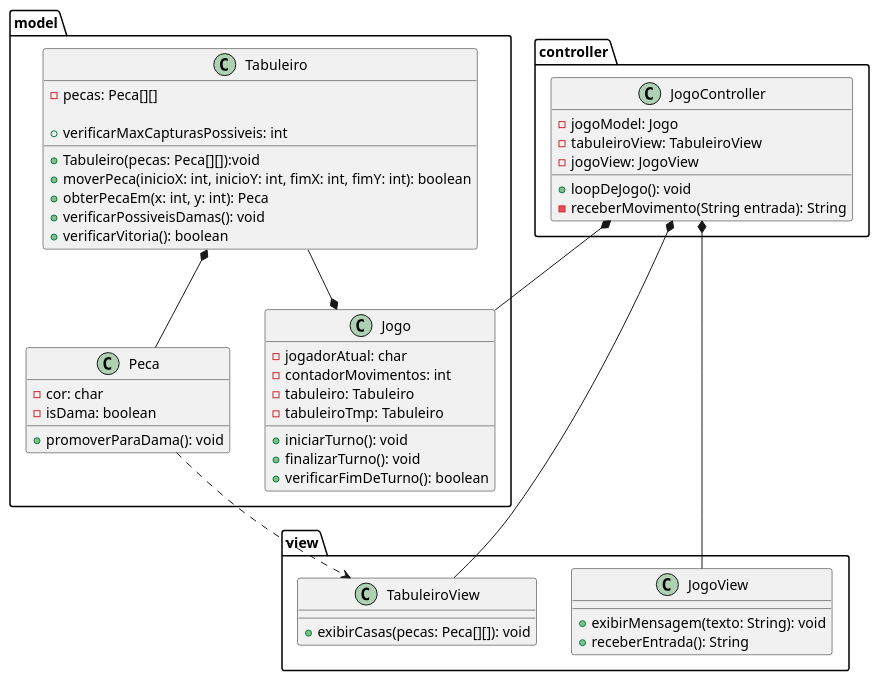
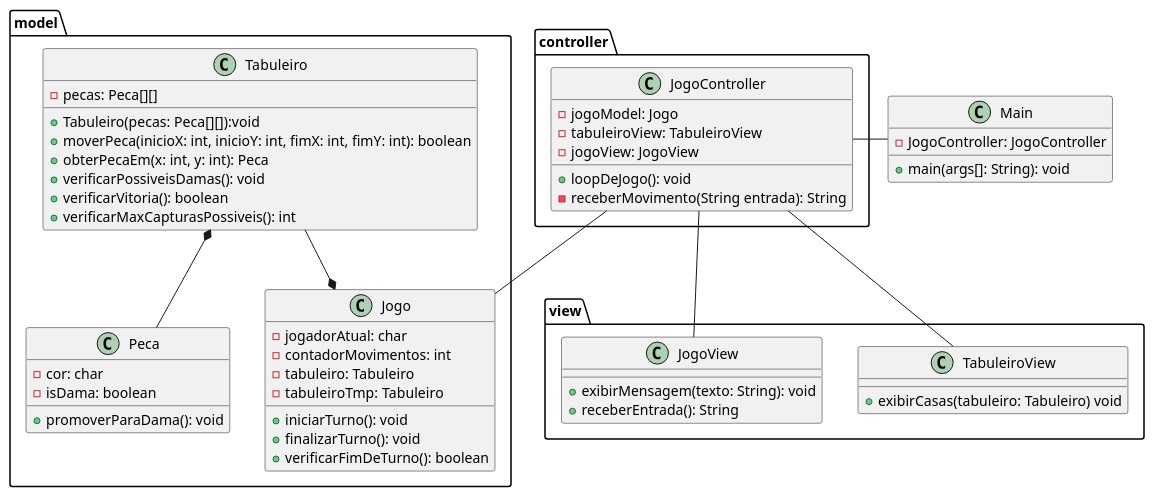
Before and after one commit to carlos-e-araujo/jogo-de-damas: the diagram in docs/diagrams/src/classes.puml, drawn with PlantUML. The commit also changed 1 other file, not shown here.

Commit message:
Refactor class diagram in classes.puml: correct method signatures and add Main class

```diff
--- a/docs/diagrams/src/classes.puml
+++ b/docs/diagrams/src/classes.puml
@@ -1,63 +1,69 @@
 @startuml Classes
 
 package model {
     class Tabuleiro {
         -pecas: Peca[][]
 
         +Tabuleiro(pecas: Peca[][]):void
         +moverPeca(inicioX: int, inicioY: int, fimX: int, fimY: int): boolean
         +obterPecaEm(x: int, y: int): Peca
         +verificarPossiveisDamas(): void
         +verificarVitoria(): boolean
-        +verificarMaxCapturasPossiveis: int
+        +verificarMaxCapturasPossiveis(): int
     }
 
     class Peca {
         -cor: char
         -isDama: boolean
 
         +promoverParaDama(): void
     }
 
     class Jogo {
         -jogadorAtual: char
         -contadorMovimentos: int
         -tabuleiro: Tabuleiro
         -tabuleiroTmp: Tabuleiro
 
         +iniciarTurno(): void
         +finalizarTurno(): void
         +verificarFimDeTurno(): boolean
     }
 }
 
 package view {
     class TabuleiroView {
-        +exibirCasas(pecas: Peca[][]): void
+        +exibirCasas(tabuleiro: Tabuleiro) void
     }
 
     class JogoView {
         +exibirMensagem(texto: String): void
         +receberEntrada(): String
     }
 }
 
 package controller {
     class JogoController {
         -jogoModel: Jogo
         -tabuleiroView: TabuleiroView
         -jogoView: JogoView
 
         +loopDeJogo(): void
         -receberMovimento(String entrada): String
     }
 }
 
+class Main {
+    - JogoController: JogoController
+
+    + main(args[]: String): void
+}
+
 Tabuleiro *-- Peca
 Tabuleiro --* Jogo
-Peca ..> TabuleiroView
-JogoController *-- TabuleiroView
-JogoController *-- JogoView
-JogoController *-- Jogo
+JogoController -- TabuleiroView
+JogoController -- JogoView
+JogoController -- Jogo
+JogoController - Main
 
 @enduml
```
